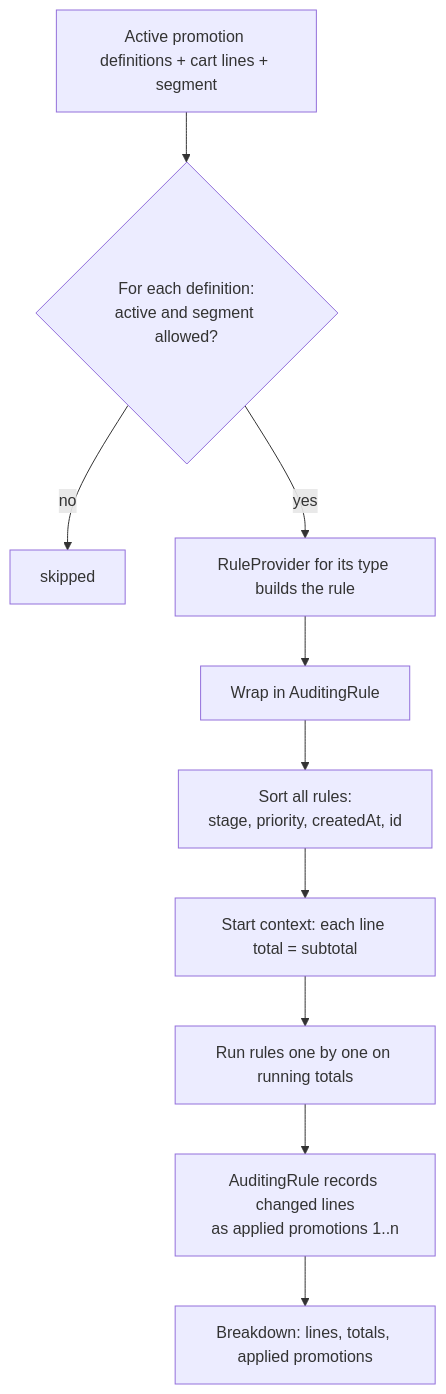
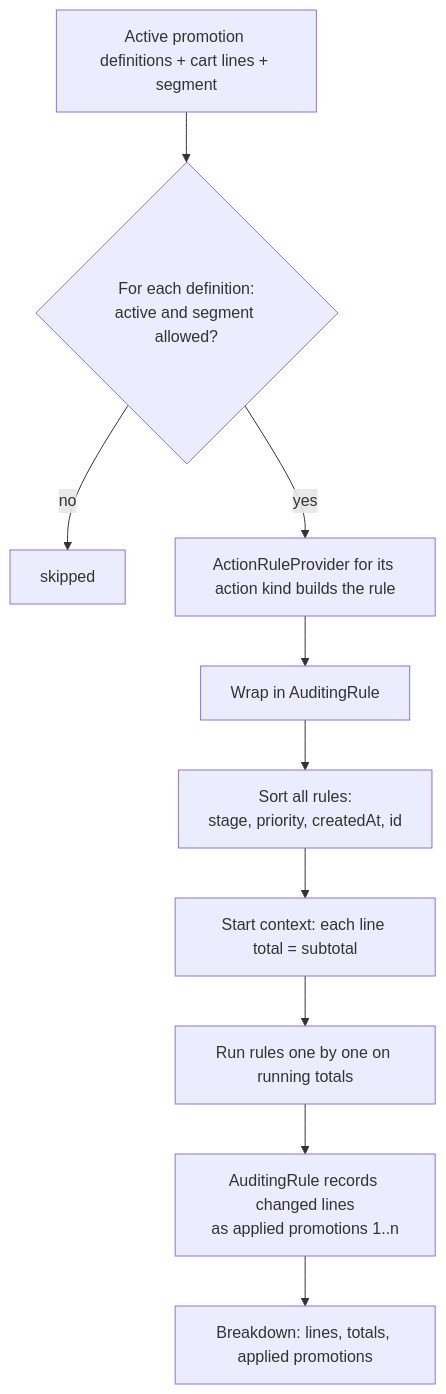
The fourth of 18 diagrams in docs/SERVICE_BREAKDOWN.md (AlAswaad99/promo-quoter), drawn with Mermaid before and after one commit. The commit also changed other lines of this file and 1 other file, not shown here.

Commit message:
Document the rule engine in the service breakdown

````diff
--- a/docs/SERVICE_BREAKDOWN.md
+++ b/docs/SERVICE_BREAKDOWN.md
@@ -458,12 +505,12 @@
 ```mermaid
 flowchart TD
     A[Active promotion definitions + cart lines + segment] --> B{For each definition:<br/>active and segment allowed?}
     B -- no --> X[skipped]
-    B -- yes --> C[RuleProvider for its type builds the rule]
+    B -- yes --> C[ActionRuleProvider for its action kind builds the rule]
     C --> D[Wrap in AuditingRule]
     D --> E[Sort all rules:<br/>stage, priority, createdAt, id]
     E --> F[Start context: each line total = subtotal]
     F --> G[Run rules one by one on running totals]
     G --> H[AuditingRule records changed lines<br/>as applied promotions 1..n]
     H --> I[Breakdown: lines, totals, applied promotions]
 ```
````
